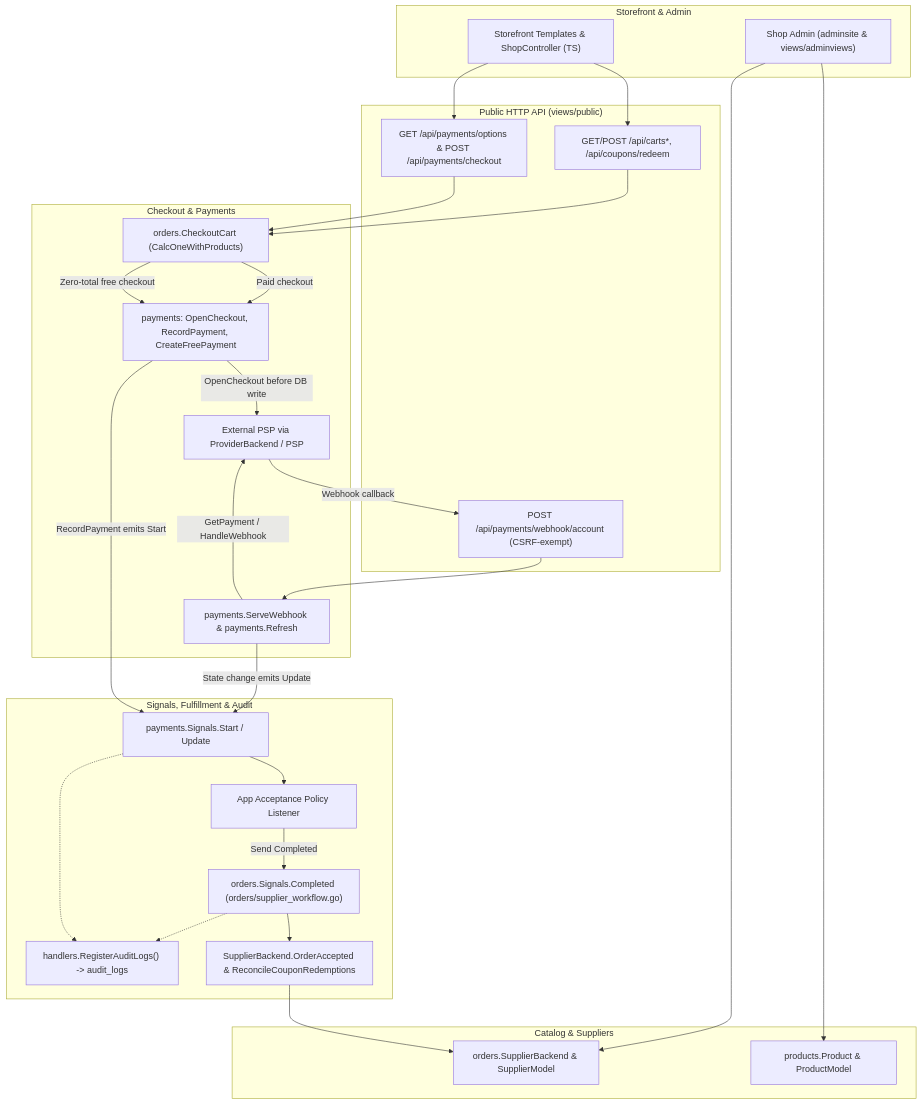
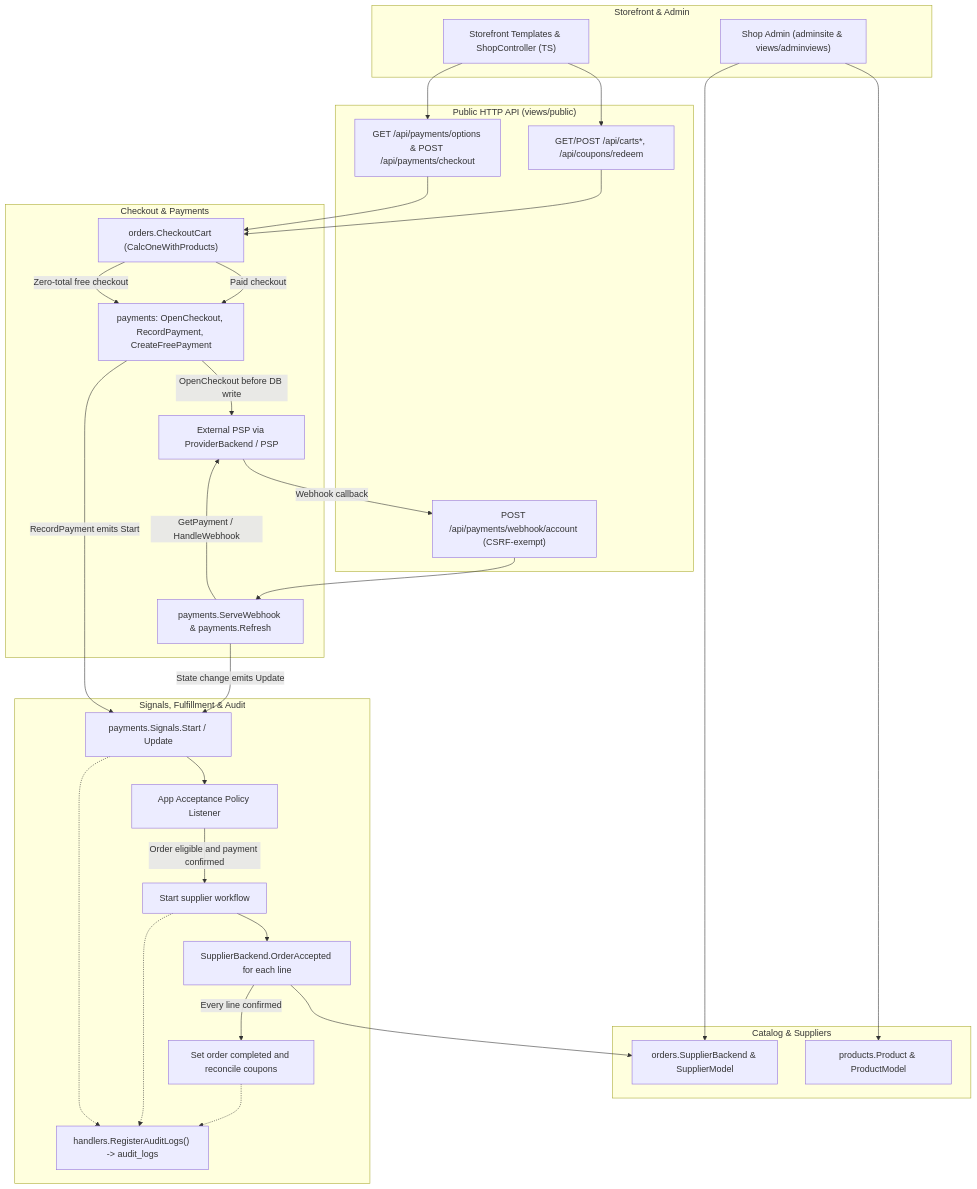
One commit to Nigel2392/go-django changed the first of 2 diagrams in contrib/shop/readme.md. Above: the diagram before and after it, drawn with Mermaid. The commit also changed other lines of this file and 182 other files, not shown here.

````diff
--- a/contrib/shop/readme.md
+++ b/contrib/shop/readme.md
@@ -33,54 +33,57 @@
 ```mermaid
 flowchart TD
     subgraph UI["Storefront & Admin"]
         storefront["Storefront Templates & ShopController (TS)"]
         adminUI["Shop Admin (adminsite & views/adminviews)"]
     end
 
     subgraph Catalog["Catalog & Suppliers"]
         products["products.Product & ProductModel"]
         suppliers["orders.SupplierBackend & SupplierModel"]
     end
 
     subgraph PublicAPI["Public HTTP API (views/public)"]
         cartAPI["GET/POST /api/carts*, /api/coupons/redeem"]
         payAPI["GET /api/payments/options & POST /api/payments/checkout"]
         webhookAPI["POST /api/payments/webhook/account (CSRF-exempt)"]
     end
 
     subgraph CheckoutPayments["Checkout & Payments"]
         checkout["orders.CheckoutCart (CalcOneWithProducts)"]
         paySvc["payments: OpenCheckout, RecordPayment, CreateFreePayment"]
         psp["External PSP via ProviderBackend / PSP"]
         reconcile["payments.ServeWebhook & payments.Refresh"]
     end
 
     subgraph SignalsFlow["Signals, Fulfillment & Audit"]
         paySignals["payments.Signals.Start / Update"]
         appPolicy["App Acceptance Policy Listener"]
-        completed["orders.Signals.Completed (orders/supplier_workflow.go)"]
-        fulfill["SupplierBackend.OrderAccepted & ReconcileCouponRedemptions"]
+        startFulfillment["Start supplier workflow"]
+        confirmDelivery["SupplierBackend.OrderAccepted for each line"]
+        orderComplete["Set order completed and reconcile coupons"]
         audit["handlers.RegisterAuditLogs() -> audit_logs"]
     end
 
     adminUI --> products
     adminUI --> suppliers
     storefront --> cartAPI
     storefront --> payAPI
     cartAPI --> checkout
     payAPI --> checkout
     checkout -->|"Paid checkout"| paySvc
     checkout -->|"Zero-total free checkout"| paySvc
     paySvc -->|"OpenCheckout before DB write"| psp
     psp -->|"Webhook callback"| webhookAPI
     webhookAPI --> reconcile
     reconcile -->|"GetPayment / HandleWebhook"| psp
     paySvc -->|"RecordPayment emits Start"| paySignals
     reconcile -->|"State change emits Update"| paySignals
     paySignals --> appPolicy
-    appPolicy -->|"Send Completed"| completed
-    completed --> fulfill
-    fulfill --> suppliers
+    appPolicy -->|"Order eligible and payment confirmed"| startFulfillment
+    startFulfillment --> confirmDelivery
+    confirmDelivery --> suppliers
+    confirmDelivery -->|"Every line confirmed"| orderComplete
     paySignals -.-> audit
-    completed -.-> audit
+    startFulfillment -.-> audit
+    orderComplete -.-> audit
 ```
````
